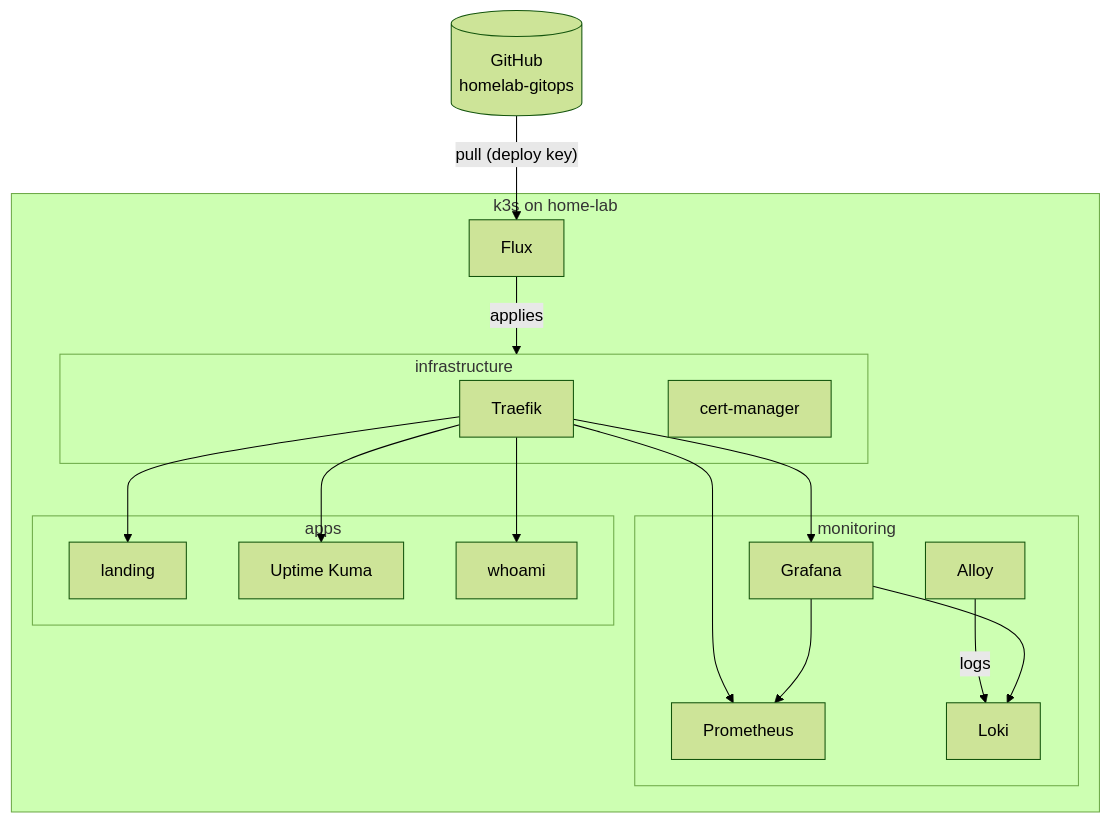
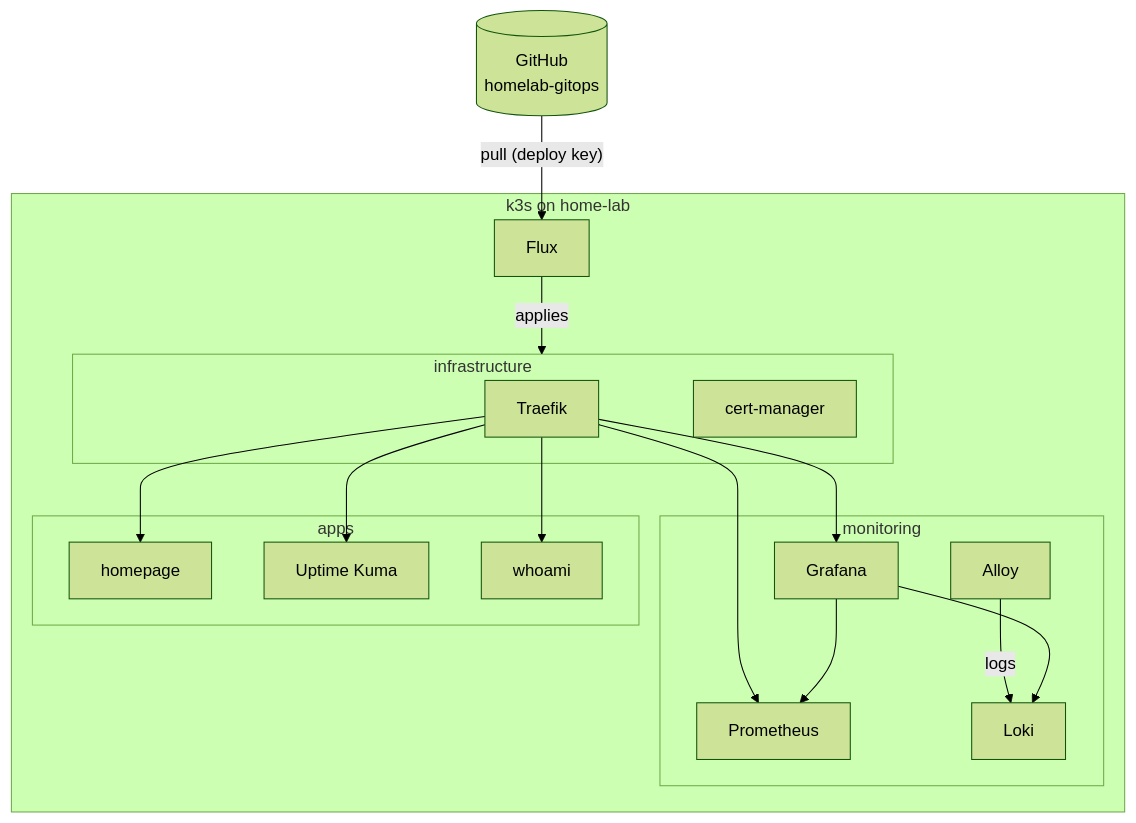
Before and after one commit to AshiqAbdulkhader/Homelab: the first of 3 diagrams in docs/architecture.md, drawn with Mermaid (forest theme). The commit also changed 4 other files, not shown here.

````diff
--- a/docs/architecture.md
+++ b/docs/architecture.md
@@ -42,26 +42,26 @@
 ```mermaid
 flowchart TB
     gh[(GitHub<br/>homelab-gitops)] -->|"pull (deploy key)"| flux
 
     subgraph k3s [k3s on home-lab]
         flux[Flux] -->|applies| infra
         subgraph infra [infrastructure]
             traefik[Traefik]
             cm[cert-manager]
         end
         subgraph mon [monitoring]
             prom[Prometheus]
             graf[Grafana]
             loki[Loki]
             alloy[Alloy]
         end
         subgraph apps [apps]
-            landing[landing]
+            landing[homepage]
             kuma[Uptime Kuma]
             whoami[whoami]
         end
         traefik --> graf & prom & landing & kuma & whoami
         alloy -->|logs| loki
         graf --> prom & loki
     end
 ```
````
